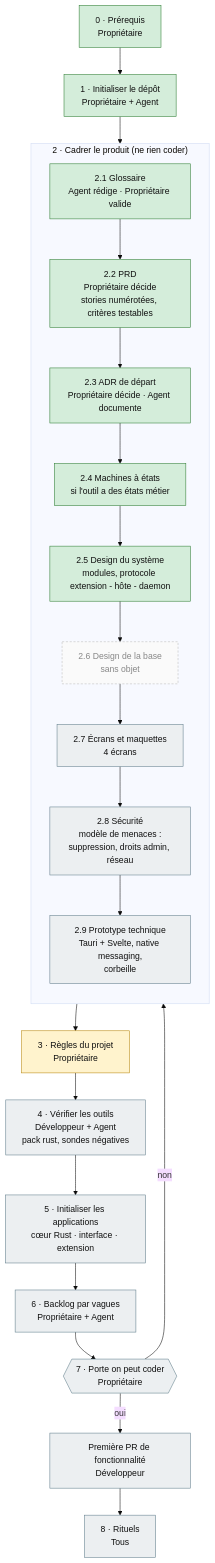
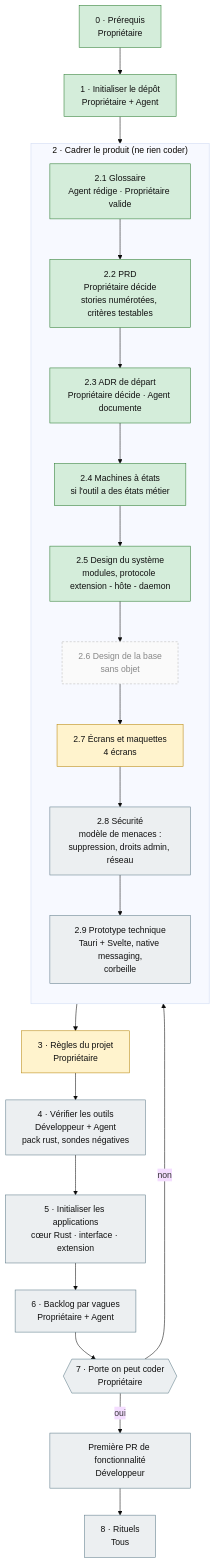
The diagram in docs/parcours.md (AresGn/Breathly), drawn with Mermaid (base theme) before and after one commit. The commit also changed other lines of this file and 1 other file, not shown here.

Commit message:
docs: dossier de commande des maquettes pour Claude Design (étape 2.7) (#12)

````diff
--- a/docs/parcours.md
+++ b/docs/parcours.md
@@ -21,35 +21,36 @@
 ```mermaid
 flowchart TD
     A0["0 · Prérequis<br/>Propriétaire"] --> A1["1 · Initialiser le dépôt<br/>Propriétaire + Agent"]
     A1 --> B
 
     subgraph B["2 · Cadrer le produit (ne rien coder)"]
         direction TB
         B1["2.1 Glossaire<br/>Agent rédige · Propriétaire valide"] --> B2["2.2 PRD<br/>Propriétaire décide<br/>stories numérotées, critères testables"]
         B2 --> B3["2.3 ADR de départ<br/>Propriétaire décide · Agent documente"]
         B3 --> B4["2.4 Machines à états<br/>si l'outil a des états métier"]
         B4 --> B5["2.5 Design du système<br/>modules, protocole extension - hôte - daemon"]
         B5 --> B6["2.6 Design de la base<br/>sans objet"]
         B6 --> B7["2.7 Écrans et maquettes<br/>4 écrans"]
         B7 --> B8["2.8 Sécurité<br/>modèle de menaces :<br/>suppression, droits admin, réseau"]
         B8 --> B9["2.9 Prototype technique<br/>Tauri + Svelte, native messaging,<br/>corbeille"]
     end
 
     B --> C["3 · Règles du projet<br/>Propriétaire"]
     C --> D["4 · Vérifier les outils<br/>Développeur + Agent<br/>pack rust, sondes négatives"]
     D --> E["5 · Initialiser les applications<br/>cœur Rust · interface · extension"]
     E --> F["6 · Backlog par vagues<br/>Propriétaire + Agent"]
     F --> G{{"7 · Porte on peut coder<br/>Propriétaire"}}
     G -- non --> B
     G -- oui --> H["Première PR de fonctionnalité<br/>Développeur"]
     H --> I["8 · Rituels<br/>Tous"]
 
     classDef done fill:#d4edda,stroke:#2e7d32,color:#111
     classDef progress fill:#fff3cd,stroke:#b8860b,color:#111
     classDef todo fill:#eceff1,stroke:#607d8b,color:#111
     classDef na fill:#fafafa,stroke:#bbb,stroke-dasharray: 4 3,color:#888
     class A0,A1,B1,B2,B3,B4,B5 done
     class C progress
-    class B7,B8,B9,D,E,F,G,H,I todo
+    class B8,B9,D,E,F,G,H,I todo
+    class B7 progress
     class B6 na
 ```
````
